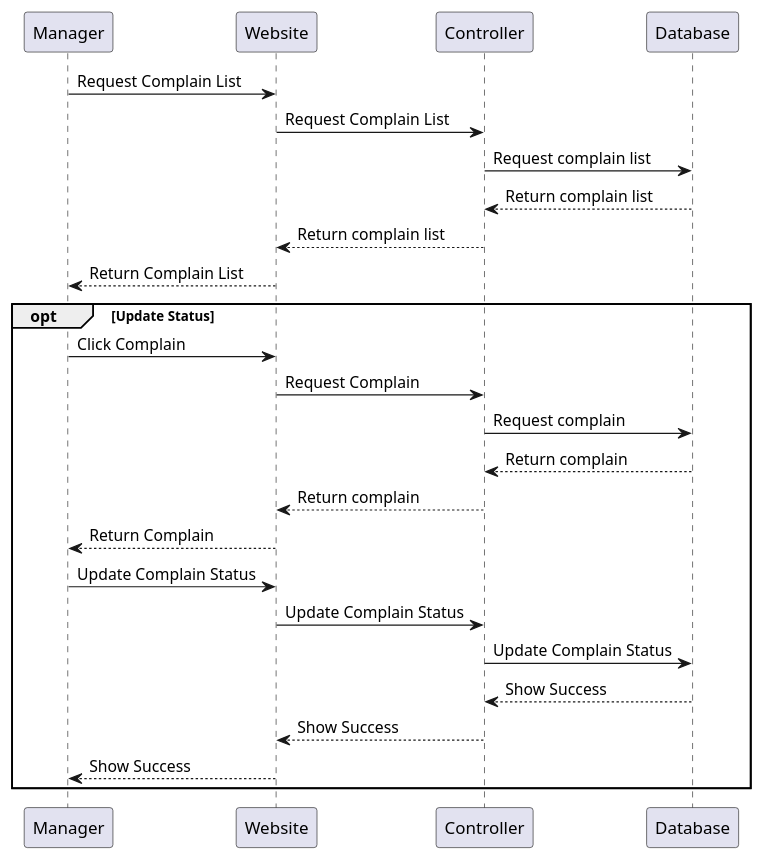
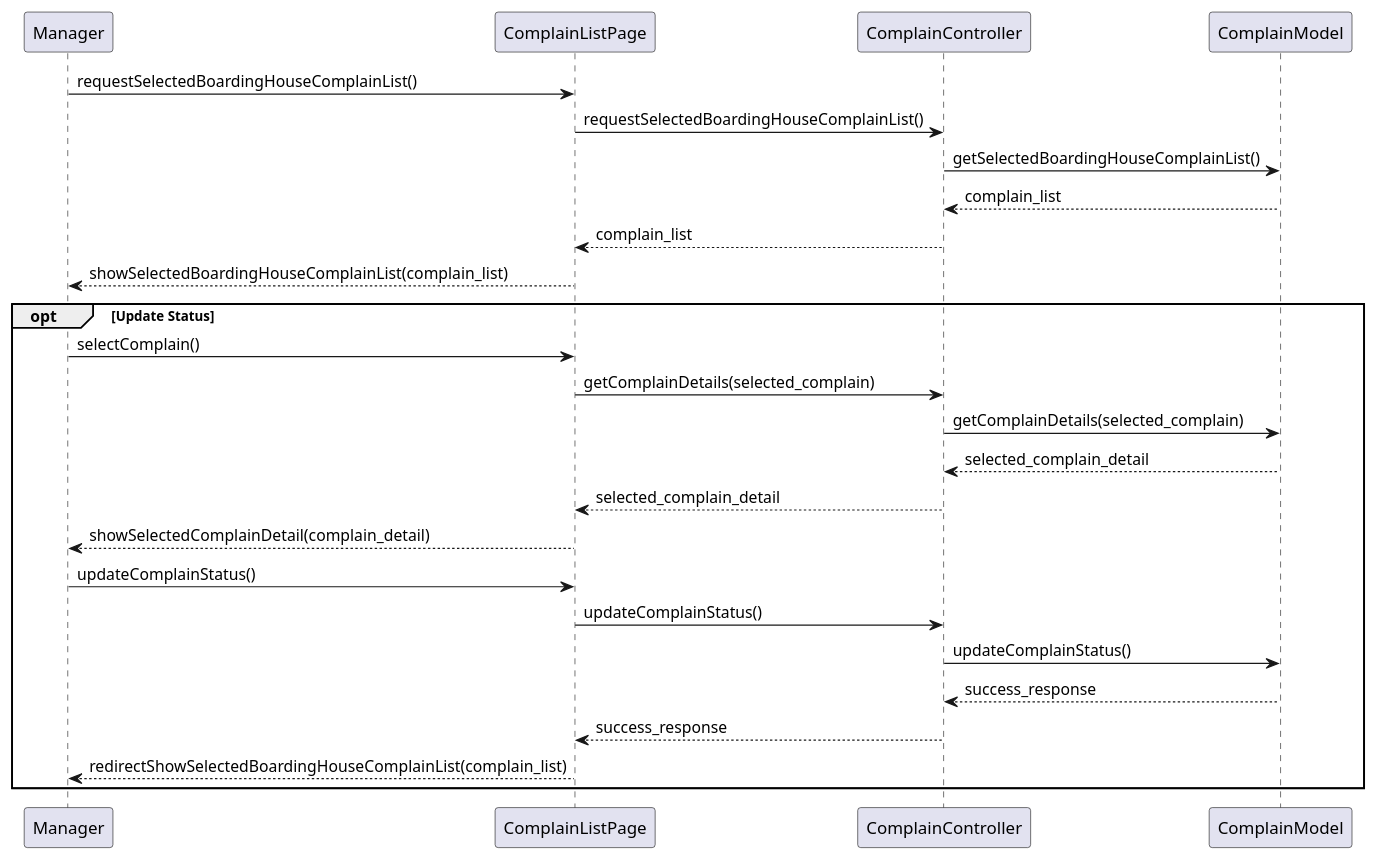
Before and after one commit to AntWort21/BHFMS: the diagram in Design/BHFMS_SEQUENCE/Complain (Manager).puml, drawn with PlantUML. The commit also changed 3 other files, not shown here.

Commit message:
added delete wishlist in use case, sequence, and activity. Fixed Complain(Manager).puml

```diff
--- a/Design/BHFMS_SEQUENCE/Complain (Manager).puml
+++ b/Design/BHFMS_SEQUENCE/Complain (Manager).puml
@@ -1,24 +1,24 @@
 @startuml
-Manager -> Website: Request Complain List
-Website -> Controller: Request Complain List
-Controller -> Database: Request complain list
-Controller <-- Database: Return complain list
-Website <-- Controller: Return complain list
-Manager <-- Website: Return Complain List
+Manager -> ComplainListPage: requestSelectedBoardingHouseComplainList()
+ComplainListPage -> ComplainController: requestSelectedBoardingHouseComplainList()
+ComplainController -> ComplainModel: getSelectedBoardingHouseComplainList()
+ComplainController <-- ComplainModel: complain_list
+ComplainListPage <-- ComplainController: complain_list
+Manager <-- ComplainListPage: showSelectedBoardingHouseComplainList(complain_list)
 opt Update Status
 
-    Manager -> Website: Click Complain
-    Website -> Controller: Request Complain 
-    Controller -> Database: Request complain 
-    Controller <-- Database: Return complain 
-    Website <-- Controller: Return complain 
-    Manager <-- Website: Return Complain
+    Manager -> ComplainListPage: selectComplain()
+    ComplainListPage -> ComplainController: getComplainDetails(selected_complain)
+    ComplainController -> ComplainModel: getComplainDetails(selected_complain)
+    ComplainController <-- ComplainModel: selected_complain_detail
+    ComplainListPage <-- ComplainController: selected_complain_detail
+    Manager <-- ComplainListPage: showSelectedComplainDetail(complain_detail)
 
-    Manager -> Website: Update Complain Status
-    Website -> Controller: Update Complain Status
-    Controller -> Database: Update Complain Status
-    Controller <-- Database: Show Success
-    Website <-- Controller: Show Success
-    Manager <-- Website: Show Success
+    Manager -> ComplainListPage: updateComplainStatus()
+    ComplainListPage -> ComplainController: updateComplainStatus()
+    ComplainController -> ComplainModel: updateComplainStatus()
+    ComplainController <-- ComplainModel: success_response
+    ComplainListPage <-- ComplainController: success_response
+    Manager <-- ComplainListPage: redirectShowSelectedBoardingHouseComplainList(complain_list)
 end
 @enduml
```
